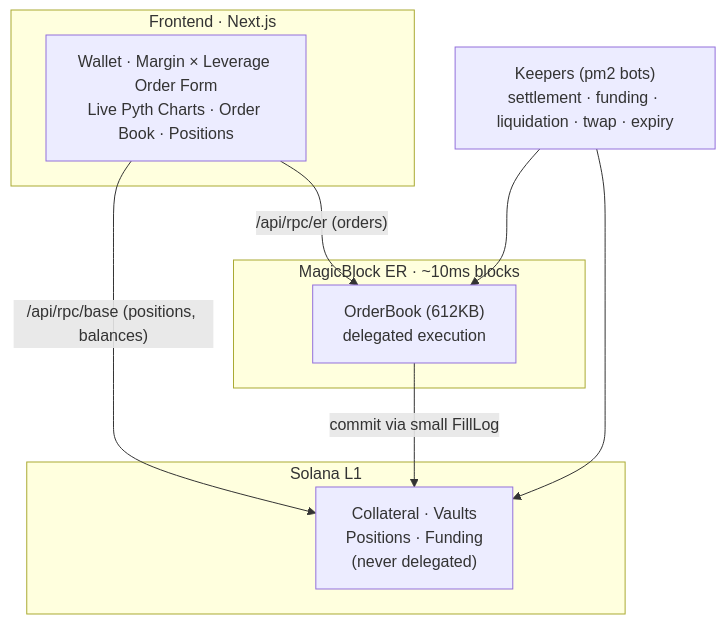
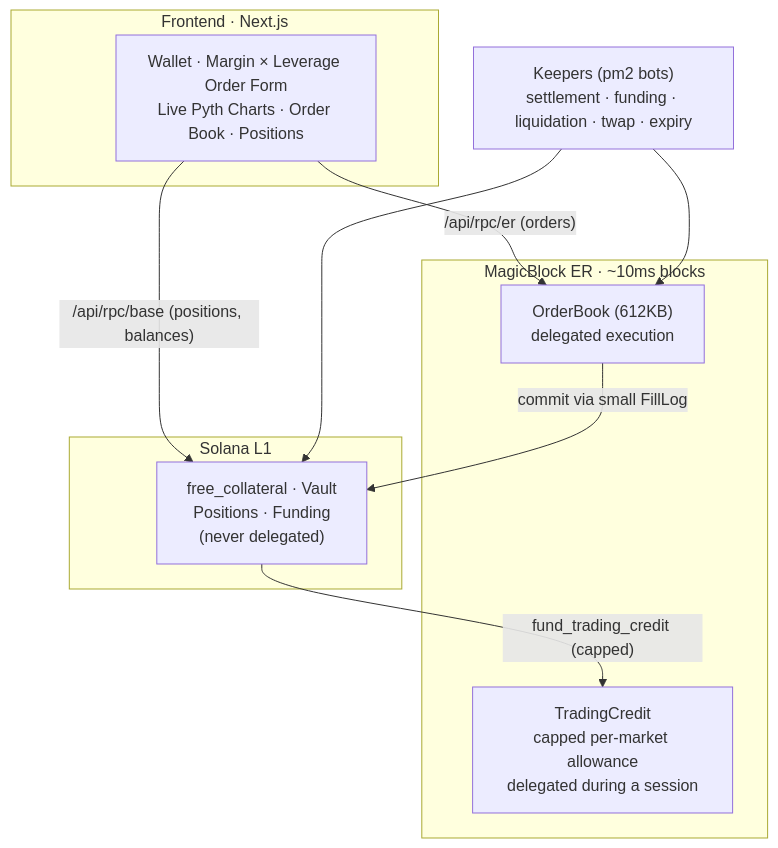
One commit to Ansh-699/SlipStream changed the diagram in README.md. Above: the diagram before and after it, drawn with Mermaid. The commit also changed other lines of this file and 3 other files, not shown here.

````diff
--- a/README.md
+++ b/README.md
@@ -67,22 +72,24 @@
 ```mermaid
 flowchart TB
   subgraph FE["Frontend · Next.js"]
     UI["Wallet · Margin × Leverage Order Form<br/>Live Pyth Charts · Order Book · Positions"]
   end
 
   subgraph ER["MagicBlock ER · ~10ms blocks"]
     OB["OrderBook (612KB)<br/>delegated execution"]
+    TC["TradingCredit<br/>capped per-market allowance<br/>delegated during a session"]
   end
 
   subgraph L1["Solana L1"]
-    BASE["Collateral · Vaults<br/>Positions · Funding<br/>(never delegated)"]
+    BASE["free_collateral · Vault<br/>Positions · Funding<br/>(never delegated)"]
   end
 
   KEEP["Keepers (pm2 bots)<br/>settlement · funding · liquidation · twap · expiry"]
 
   UI -->|"/api/rpc/er (orders)"| OB
   UI -->|"/api/rpc/base (positions, balances)"| BASE
+  BASE -->|"fund_trading_credit (capped)"| TC
   OB -->|"commit via small FillLog"| BASE
   KEEP --> OB
   KEEP --> BASE
 ```
````
